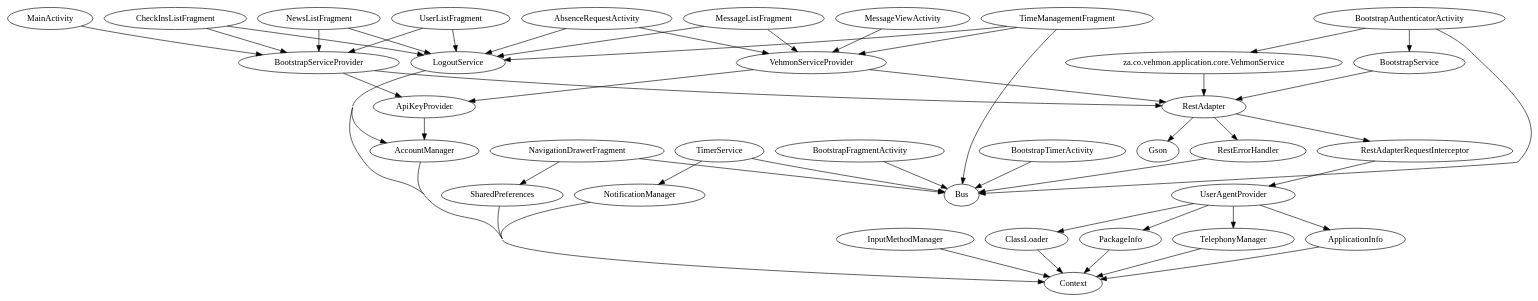
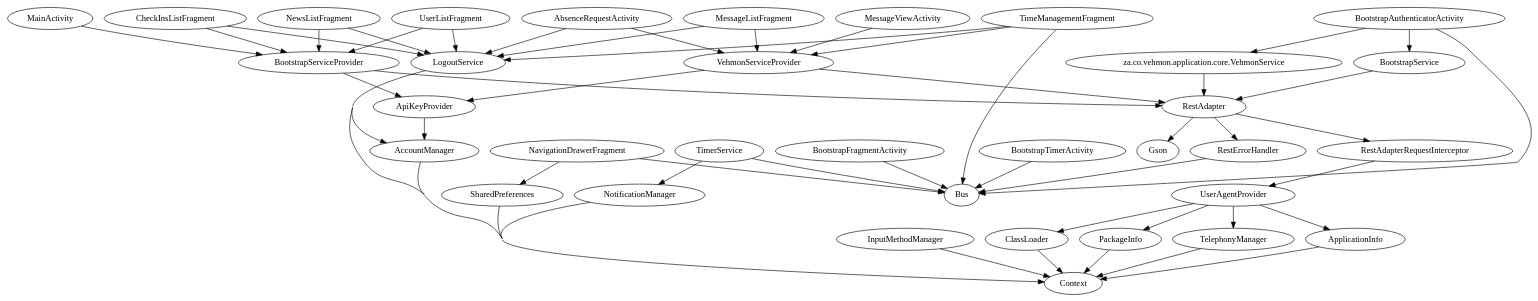
The diagram in app/build/intermediates/classes/debug/za/co/vehmon/application/RootModule.dot (Renaldobenji/android-vehmon), drawn with Graphviz before and after one commit. The commit also changed other lines of this file and 30 other files, not shown here.

```diff
--- a/app/build/intermediates/classes/debug/za/co/vehmon/application/RootModule.dot
+++ b/app/build/intermediates/classes/debug/za/co/vehmon/application/RootModule.dot
@@ -1,54 +1,54 @@
 digraph G1 {
   concentrate = true;
+  AbsenceRequestActivity -> VehmonServiceProvider;
   AbsenceRequestActivity -> LogoutService;
-  AbsenceRequestActivity -> VehmonServiceProvider;
   AccountManager -> Context;
   ApiKeyProvider -> AccountManager;
   ApplicationInfo -> Context;
+  BootstrapAuthenticatorActivity -> Bus;
   BootstrapAuthenticatorActivity -> BootstrapService;
   n2 [label="za.co.vehmon.application.core.VehmonService"];
   BootstrapAuthenticatorActivity -> n2;
-  BootstrapAuthenticatorActivity -> Bus;
   BootstrapFragmentActivity -> Bus;
   BootstrapService -> RestAdapter;
   BootstrapServiceProvider -> ApiKeyProvider;
   BootstrapServiceProvider -> RestAdapter;
   BootstrapTimerActivity -> Bus;
   CheckInsListFragment -> BootstrapServiceProvider;
   CheckInsListFragment -> LogoutService;
   ClassLoader -> Context;
   InputMethodManager -> Context;
   LogoutService -> AccountManager;
   LogoutService -> Context;
   MainActivity -> BootstrapServiceProvider;
+  MessageListFragment -> VehmonServiceProvider;
   MessageListFragment -> LogoutService;
-  MessageListFragment -> VehmonServiceProvider;
   MessageViewActivity -> VehmonServiceProvider;
   NavigationDrawerFragment -> Bus;
   NavigationDrawerFragment -> SharedPreferences;
   NewsListFragment -> BootstrapServiceProvider;
   NewsListFragment -> LogoutService;
   NotificationManager -> Context;
   PackageInfo -> Context;
   RestAdapter -> RestAdapterRequestInterceptor;
   RestAdapter -> RestErrorHandler;
   RestAdapter -> Gson;
   RestAdapterRequestInterceptor -> UserAgentProvider;
   RestErrorHandler -> Bus;
   SharedPreferences -> Context;
   TelephonyManager -> Context;
   TimeManagementFragment -> Bus;
+  TimeManagementFragment -> VehmonServiceProvider;
   TimeManagementFragment -> LogoutService;
-  TimeManagementFragment -> VehmonServiceProvider;
+  TimerService -> Bus;
   TimerService -> NotificationManager;
-  TimerService -> Bus;
+  UserAgentProvider -> ApplicationInfo;
   UserAgentProvider -> TelephonyManager;
+  UserAgentProvider -> ClassLoader;
   UserAgentProvider -> PackageInfo;
-  UserAgentProvider -> ClassLoader;
-  UserAgentProvider -> ApplicationInfo;
   UserListFragment -> BootstrapServiceProvider;
   UserListFragment -> LogoutService;
   VehmonServiceProvider -> ApiKeyProvider;
   VehmonServiceProvider -> RestAdapter;
   n2 -> RestAdapter;
 }
```
